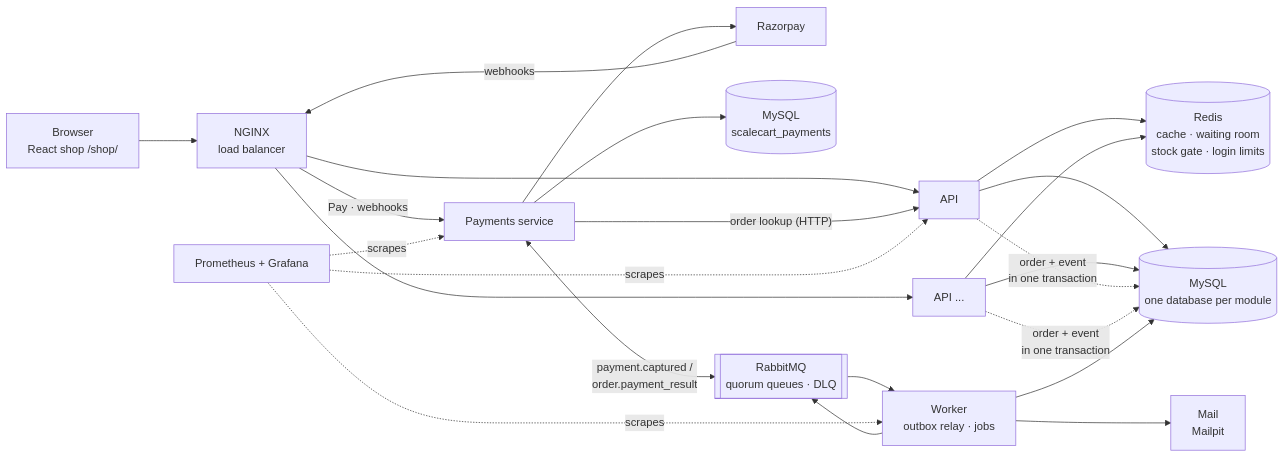
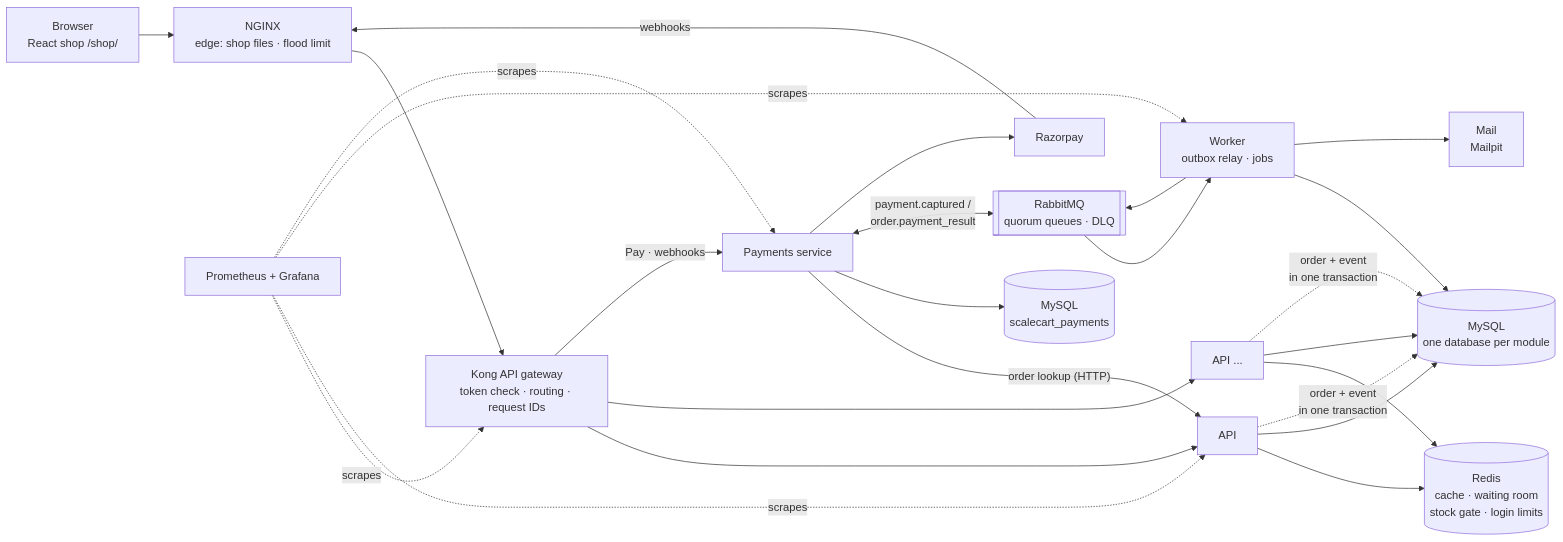
The diagram in README.md (prince-1905/scaleCart), drawn with Mermaid before and after one commit. The commit also changed other lines of this file and 23 other files, not shown here.

First line of the commit message:
Phase 9: Kong API gateway in front of the services, E12

````diff
--- a/README.md
+++ b/README.md
@@ -45,20 +46,21 @@
 ```mermaid
 flowchart LR
-    B[Browser<br/>React shop /shop/] --> LB[NGINX<br/>load balancer]
+    B[Browser<br/>React shop /shop/] --> LB[NGINX<br/>edge: shop files · flood limit]
     RZ[Razorpay] -- webhooks --> LB
-    LB --> API1[API]
-    LB --> API2[API ...]
-    LB -- Pay · webhooks --> PAY[Payments service]
+    LB --> GW[Kong API gateway<br/>token check · routing · request IDs]
+    GW --> API1[API]
+    GW --> API2[API ...]
+    GW -- Pay · webhooks --> PAY[Payments service]
     PAY -- "order lookup (HTTP)" --> API1
     PAY --> PM[(MySQL<br/>scalecart_payments)]
     PAY <-- "payment.captured /<br/>order.payment_result" --> Q
     PAY --> RZ
     API1 & API2 --> R[(Redis<br/>cache · waiting room<br/>stock gate · login limits)]
     API1 & API2 --> M[(MySQL<br/>one database per module)]
     API1 & API2 -. order + event<br/>in one transaction .-> M
     W[Worker<br/>outbox relay · jobs] --> M
     W --> Q[[RabbitMQ<br/>quorum queues · DLQ]]
     Q --> W
     W --> MP[Mail<br/>Mailpit]
-    P[Prometheus + Grafana] -. scrapes .-> API1 & W & PAY
+    P[Prometheus + Grafana] -. scrapes .-> GW & API1 & W & PAY
 ```
````
